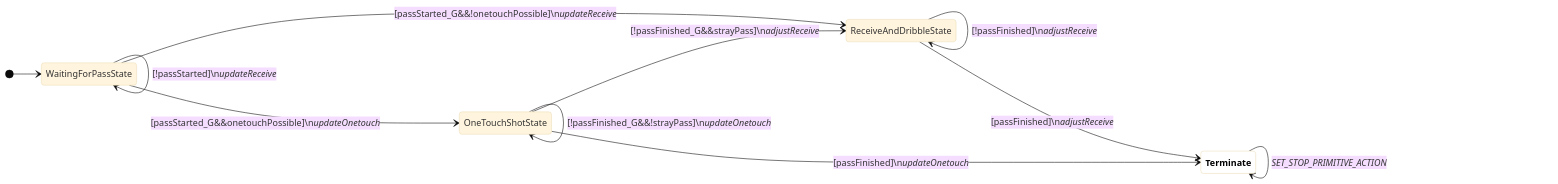
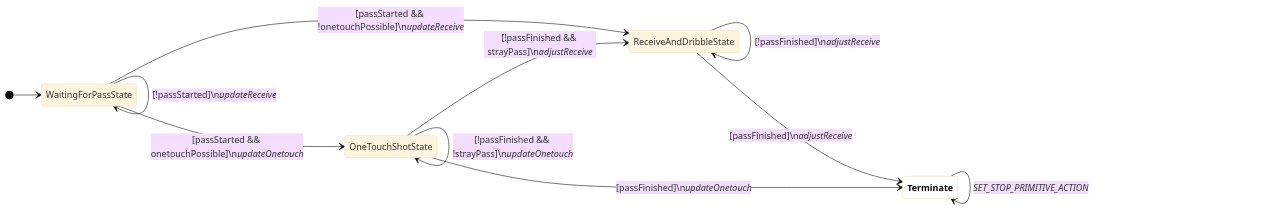
Before and after one commit to UBC-Thunderbots/Software: diagram 19 of 21 in docs/fsm-diagrams.md, drawn with Mermaid (base theme). The commit also changed 1 other file, not shown here.

Commit message:
Remove all suffixes in FSM diagram guards (#2976)
* Remove all guard suffixes

* [pre-commit.ci lite] apply automatic fixes

* Add spaces

---------

````diff
--- a/docs/fsm-diagrams.md
+++ b/docs/fsm-diagrams.md
@@ -311,17 +311,17 @@
 ```mermaid
 
 stateDiagram-v2
 classDef terminate fill:white,color:black,font-weight:bold
 direction LR
 [*] --> WaitingForPassState
 WaitingForPassState --> WaitingForPassState : [!passStarted]\n<i>updateReceive</i>
-WaitingForPassState --> OneTouchShotState : [passStarted_G&&onetouchPossible]\n<i>updateOnetouch</i>
-WaitingForPassState --> ReceiveAndDribbleState : [passStarted_G&&!onetouchPossible]\n<i>updateReceive</i>
+WaitingForPassState --> OneTouchShotState : [passStarted && onetouchPossible]\n<i>updateOnetouch</i>
+WaitingForPassState --> ReceiveAndDribbleState : [passStarted && !onetouchPossible]\n<i>updateReceive</i>
 ReceiveAndDribbleState --> ReceiveAndDribbleState : [!passFinished]\n<i>adjustReceive</i>
-OneTouchShotState --> OneTouchShotState : [!passFinished_G&&!strayPass]\n<i>updateOnetouch</i>
-OneTouchShotState --> ReceiveAndDribbleState : [!passFinished_G&&strayPass]\n<i>adjustReceive</i>
+OneTouchShotState --> OneTouchShotState : [!passFinished && !strayPass]\n<i>updateOnetouch</i>
+OneTouchShotState --> ReceiveAndDribbleState : [!passFinished && strayPass]\n<i>adjustReceive</i>
 ReceiveAndDribbleState --> Terminate:::terminate : [passFinished]\n<i>adjustReceive</i>
 OneTouchShotState --> Terminate:::terminate : [passFinished]\n<i>updateOnetouch</i>
 Terminate:::terminate --> Terminate:::terminate : <i>SET_STOP_PRIMITIVE_ACTION</i>
 
 ```
````
